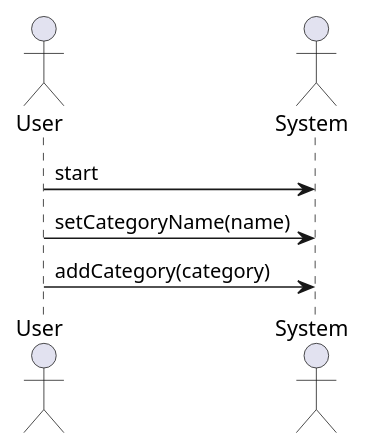
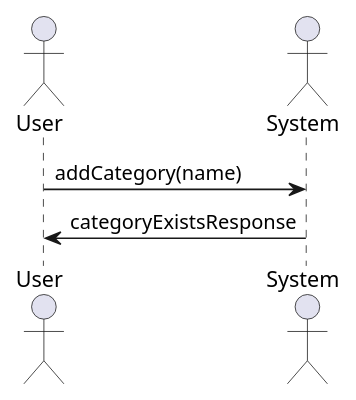
Before and after one commit to drDeepl/purchased-products-app-nest: the diagram in src/diagrams_operations/add_category.wsd, drawn with PlantUML. The commit also changed 36 other files, not shown here.

```diff
--- a/src/diagrams_operations/add_category.wsd
+++ b/src/diagrams_operations/add_category.wsd
@@ -1,10 +1,10 @@
 @startuml add_category
 skinparam backgroundColor #FFFFFF
 actor User
 actor System
 
-User -> System: start
-User -> System: setCategoryName(name)
-User -> System: addCategory(category)
+
+User -> System: addCategory(name)
+System -> User: categoryExistsResponse
 
 @enduml
```
